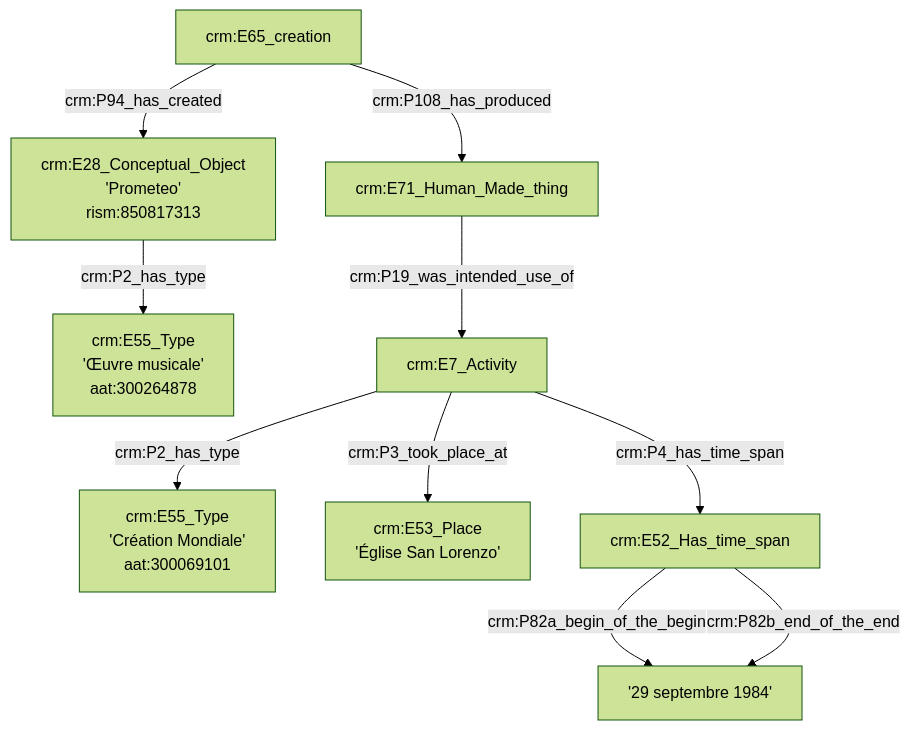
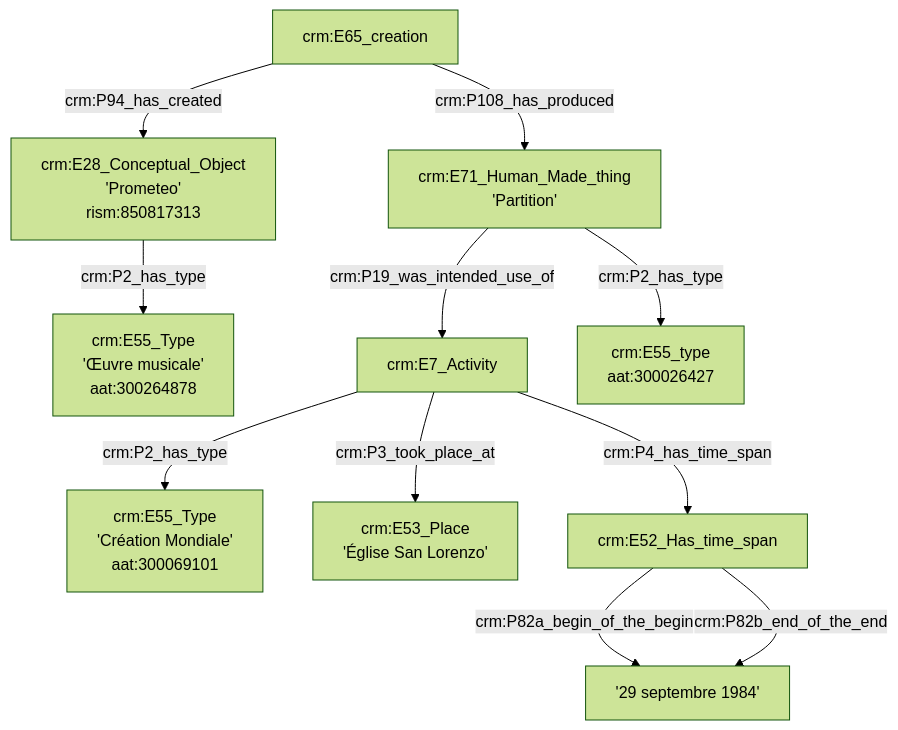
One commit to GusBraud/OntoMatchGameGus changed the second of 5 diagrams in Exemple1.md. Above: the diagram before and after it, drawn with Mermaid (forest theme).

````diff
--- a/Exemple1.md
+++ b/Exemple1.md
@@ -18,14 +18,15 @@
 ```mermaid
 graph TD;
 
 D[crm:E65_creation] --> |crm:P94_has_created| E[crm:E28_Conceptual_Object<br>'Prometeo'<br>rism:850817313]
-D[crm:E65_creation] --> |crm:P108_has_produced| L[crm:E71_Human_Made_thing]
+D[crm:E65_creation] --> |crm:P108_has_produced| L[crm:E71_Human_Made_thing<br>'Partition']
 E[crm:E28_Conceptual_Object<br>'Prometeo'<br>rism:850817313] --> |crm:P2_has_type| F[crm:E55_Type<br>'Œuvre musicale'<br>aat:300264878]
-L[crm:E71_Human_Made_thing] --> |crm:P19_was_intended_use_of| G[crm:E7_Activity]
+L[crm:E71_Human_Made_thing<br>'Partition'] --> |crm:P19_was_intended_use_of| G[crm:E7_Activity]
+L[crm:E71_Human_Made_thing<br>'Partition'] --> |crm:P2_has_type| M[crm:E55_type<br>aat:300026427]
 G[crm:E7_Activity] --> |crm:P2_has_type| H[crm:E55_Type<br>'Création Mondiale'<br>aat:300069101]
 G[crm:E7_Activity] --> |crm:P3_took_place_at| I[crm:E53_Place<br>'Église San Lorenzo']
 G[crm:E7_Activity] --> |crm:P4_has_time_span| J[crm:E52_Time_span]
 J[crm:E52_Has_time_span] --> |crm:P82a_begin_of_the_begin| K['29 septembre 1984']
 J[crm:E52_Has_time_span] --> |crm:P82b_end_of_the_end| K['29 septembre 1984']
 
 ```
````
